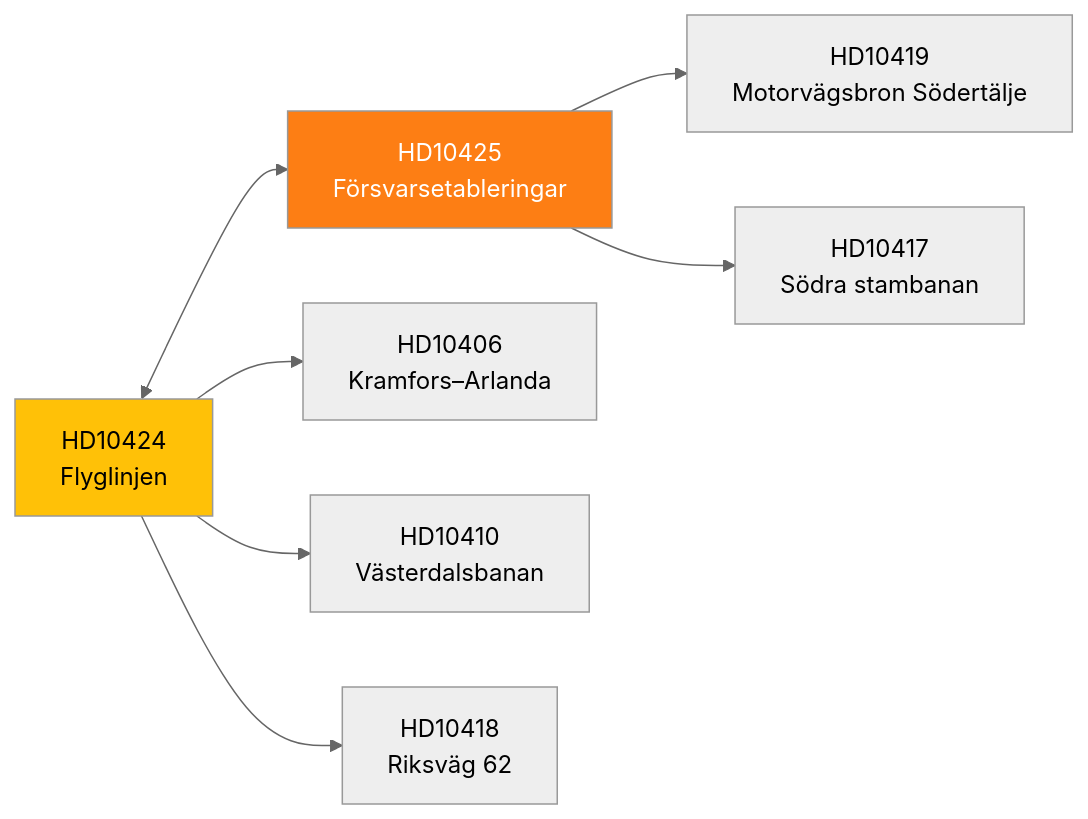
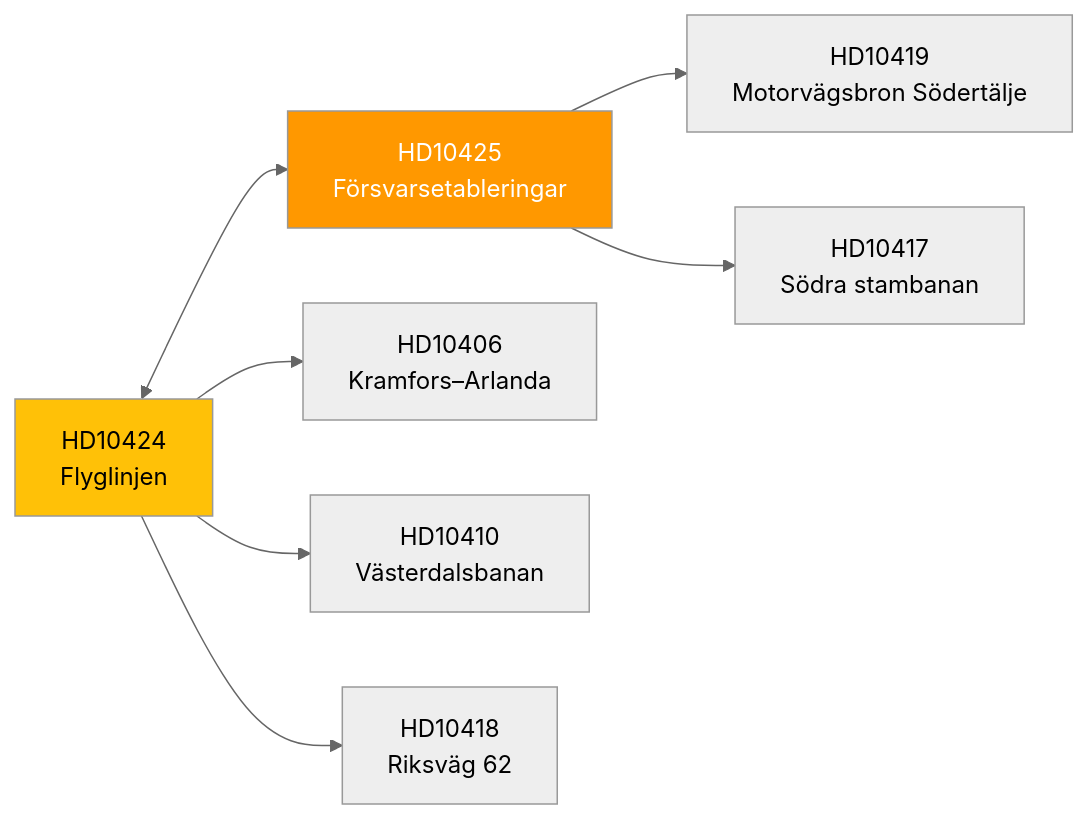
The diagram in analysis/daily/2026-03-31/interpellations/cross-reference-map.md (Hack23/riksdagsmonitor), drawn with Mermaid (neutral theme) before and after one commit. The commit also changed 785 other files, not shown here.

First line of the commit message:
Normalize mermaid colors across 786 analysis artifacts to ISMS Style Guide palette

````diff
--- a/analysis/daily/2026-03-31/interpellations/cross-reference-map.md
+++ b/analysis/daily/2026-03-31/interpellations/cross-reference-map.md
@@ -10,12 +10,12 @@
 ```mermaid
 graph LR
     HD10424["HD10424<br/>Flyglinjen"] <--> HD10425["HD10425<br/>Försvarsetableringar"]
     HD10424 --> HD10406["HD10406<br/>Kramfors–Arlanda"]
     HD10424 --> HD10410["HD10410<br/>Västerdalsbanan"]
     HD10424 --> HD10418["HD10418<br/>Riksväg 62"]
     HD10425 --> HD10419["HD10419<br/>Motorvägsbron Södertälje"]
     HD10425 --> HD10417["HD10417<br/>Södra stambanan"]
 
-    style HD10424 fill:#ffc107,color:#000
-    style HD10425 fill:#fd7e14,color:#fff
+    style HD10424 fill:#FFC107,color:#000000
+    style HD10425 fill:#FF9800,color:#FFFFFF
 ```
````
